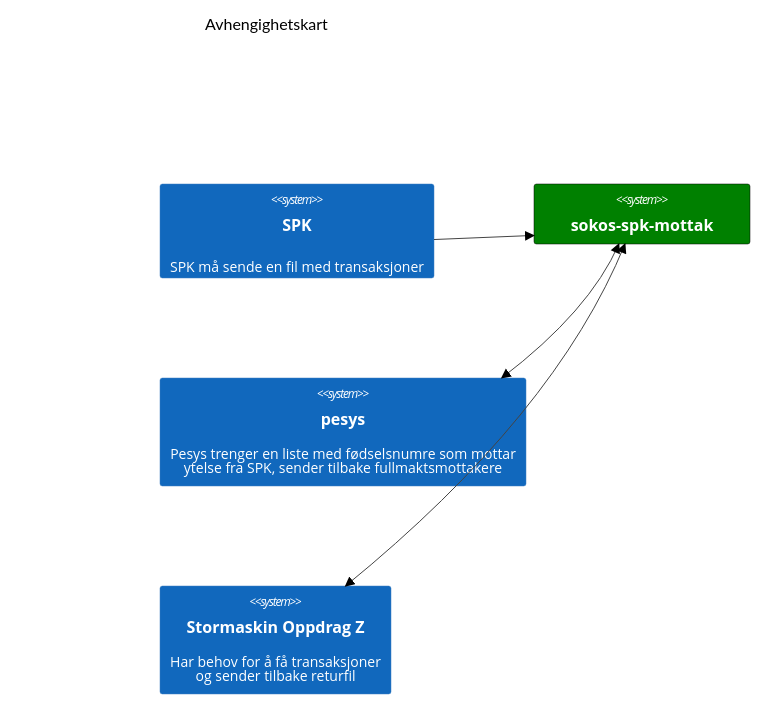
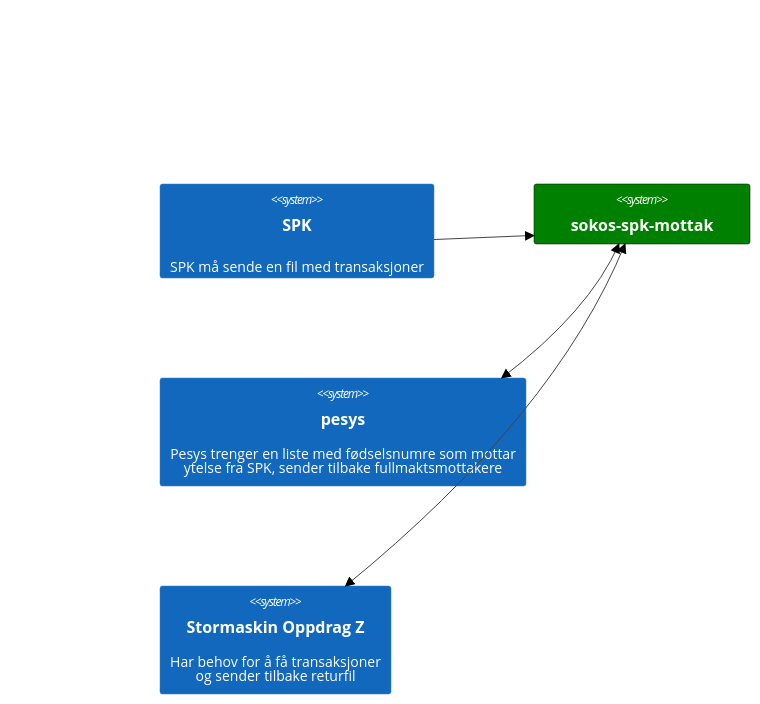
The diagram in dokumentasjon/avhengighetskart.md (navikt/sokos-spk-mottak), drawn with Mermaid (forest theme) before and after one commit. The commit also changed other lines of this file and 2 other files, not shown here.

Commit message:
Arbeider med dok

`````diff
--- a/dokumentasjon/avhengighetskart.md
+++ b/dokumentasjon/avhengighetskart.md
@@ -1,19 +3,14 @@
 ````mermaid
     C4Context
-        title Avhengighetskart
+        UpdateLayoutConfig($c4ShapeInRow="2", $c4BoundaryInRow="2")
+
         System(spk, "SPK", "SPK må sende en fil med transaksjoner")
         System(sokos-spk-mottak, "sokos-spk-mottak", "")
         UpdateElementStyle(sokos-spk-mottak, $fontColor="white", $bgColor="green", $borderColor="black")
+        System(pesys, "pesys", "Pesys trenger en liste med fødselsnumre som mottar<br />ytelse fra SPK, sender tilbake fullmaktsmottakere")
+        System(oppdragZ, "Stormaskin Oppdrag Z", "Har behov for å få transaksjoner<br /> og sender tilbake returfil")
     
         Rel(spk, sokos-spk-mottak, "")
-    
-        System(pesys, "pesys", "Pesys trenger en liste med fødselsnumre som mottar<br />ytelse fra SPK, sender tilbake fullmaktsmottakere")
         BiRel(sokos-spk-mottak, pesys, "")
-    
-        System(oppdragZ, "Stormaskin Oppdrag Z", "Har behov for å få transaksjoner<br /> og sender tilbake returfil")
-    
         BiRel(sokos-spk-mottak, oppdragZ, "")
-    
-        UpdateLayoutConfig($c4ShapeInRow="2", $c4BoundaryInRow="2")
-
 ````
`````
